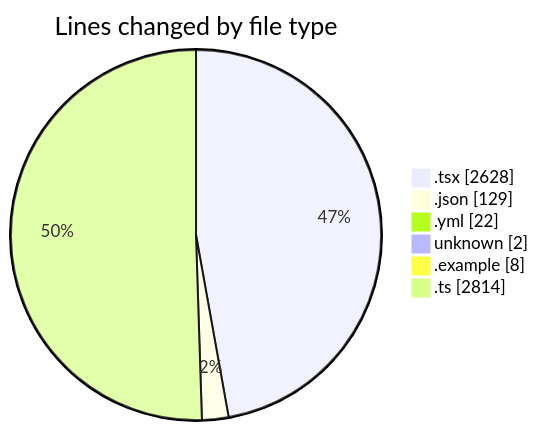
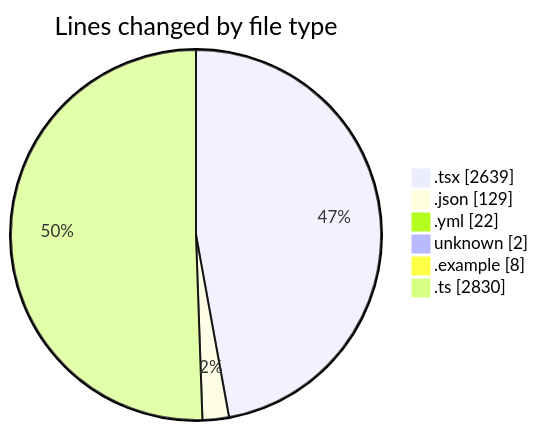
One commit to julien-gomy/code-tracking changed the first of 2 diagrams in 2025-11-21/eventscop-frontend-guide__workspace_/README.md. Above: the diagram before and after it, drawn with Mermaid. The commit also changed other lines of this file and 1 other file, not shown here.

````diff
--- a/2025-11-21/eventscop-frontend-guide__workspace_/README.md
+++ b/2025-11-21/eventscop-frontend-guide__workspace_/README.md
@@ -59,10 +59,10 @@
 ```mermaid
 pie showData
 title Lines changed by file type
-".tsx" : 2628
+".tsx" : 2639
 ".json" : 129
 ".yml" : 22
 "unknown" : 2
 ".example" : 8
-".ts" : 2814
+".ts" : 2830
 ```
````
